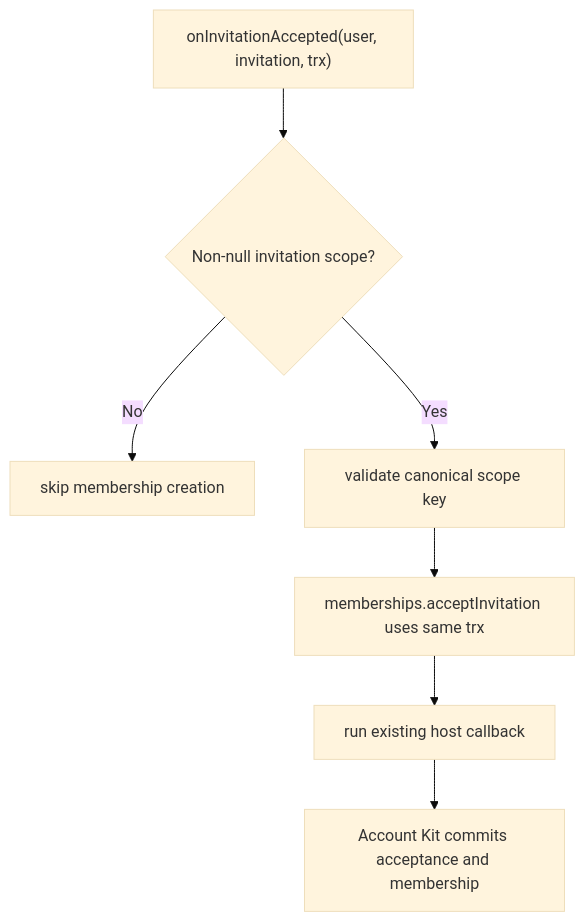
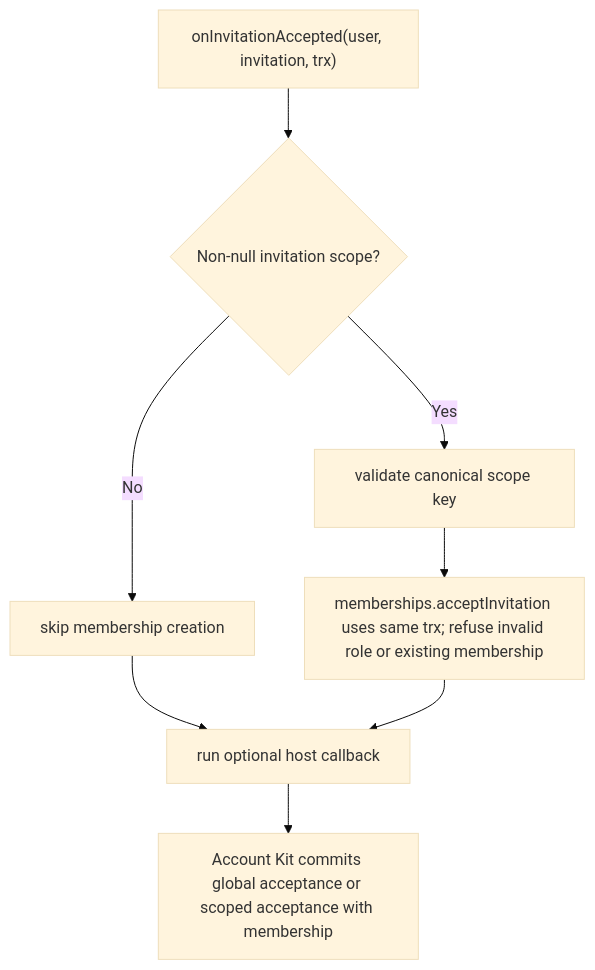
One commit to Kevinjohn/oss-adonisjs-access-control changed the second of 2 diagrams in user-stories/US-ACCESS-10-accept-invitation.md. Above: the diagram before and after it, drawn with Mermaid (base theme). The commit also changed other lines of this file and 7 other files, not shown here.

Commit message:
docs: correct catalogue behavior and recovery flows

````diff
--- a/user-stories/US-ACCESS-10-accept-invitation.md
+++ b/user-stories/US-ACCESS-10-accept-invitation.md
@@ -35,9 +39,10 @@
 ```mermaid
 flowchart TD
     A["onInvitationAccepted(user, invitation, trx)"] --> B{"Non-null invitation scope?"}
     B -->|No| C["skip membership creation"]
+    C --> F
     B -->|Yes| D["validate canonical scope key"]
-    D --> E["memberships.acceptInvitation uses same trx"]
-    E --> F["run existing host callback"]
-    F --> G["Account Kit commits acceptance and membership"]
+    D --> E["memberships.acceptInvitation uses same trx; refuse invalid role or existing membership"]
+    E --> F["run optional host callback"]
+    F --> G["Account Kit commits global acceptance or scoped acceptance with membership"]
 ```
````
